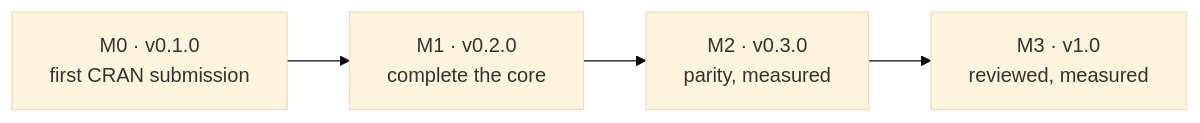
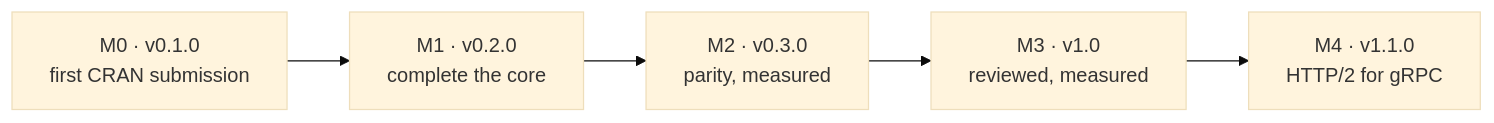
One commit to pedrobtz/zuhttp changed the diagram in .agents/roadmap.md. Above: the diagram before and after it, drawn with Mermaid (base theme). The commit also changed other lines of this file and 2 other files, not shown here.

````diff
--- a/.agents/roadmap.md
+++ b/.agents/roadmap.md
@@ -70,6 +70,7 @@
 ```mermaid
 graph LR
   M0["M0 · v0.1.0<br/>first CRAN submission"] --> M1["M1 · v0.2.0<br/>complete the core"]
   M1 --> M2["M2 · v0.3.0<br/>parity, measured"]
   M2 --> M3["M3 · v1.0<br/>reviewed, measured"]
+  M3 --> M4["M4 · v1.1.0<br/>HTTP/2 for gRPC"]
 ```
````
